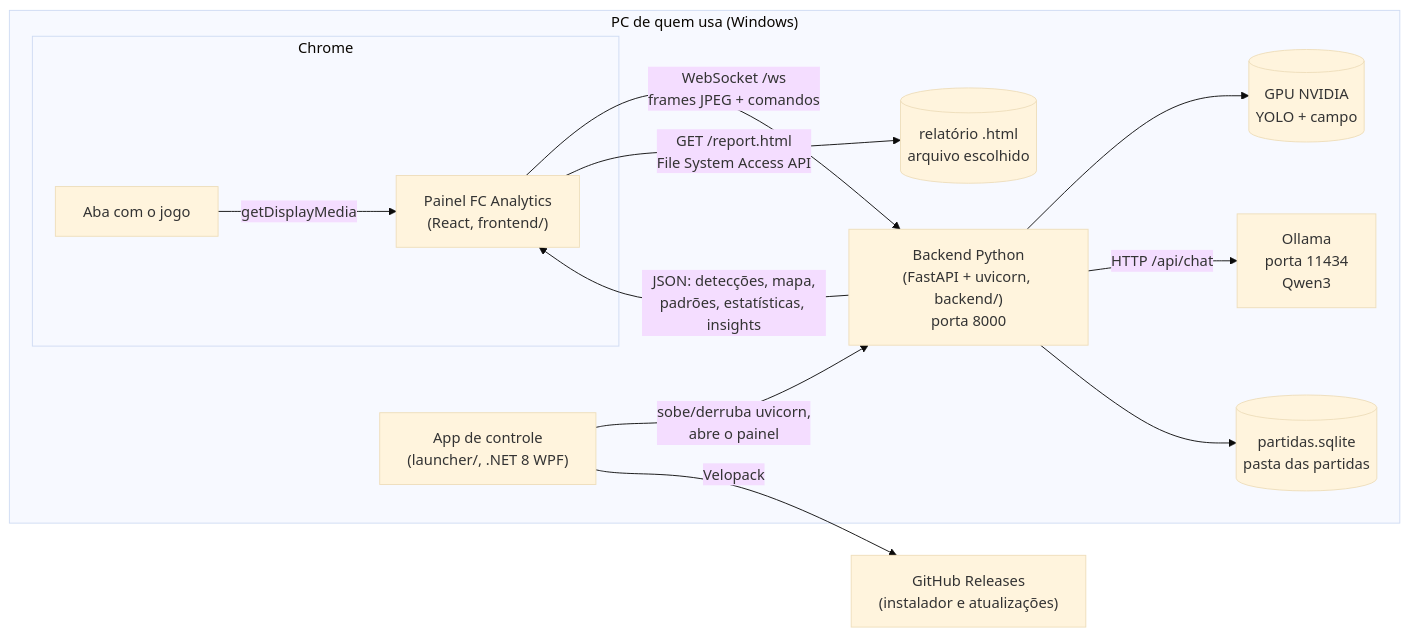
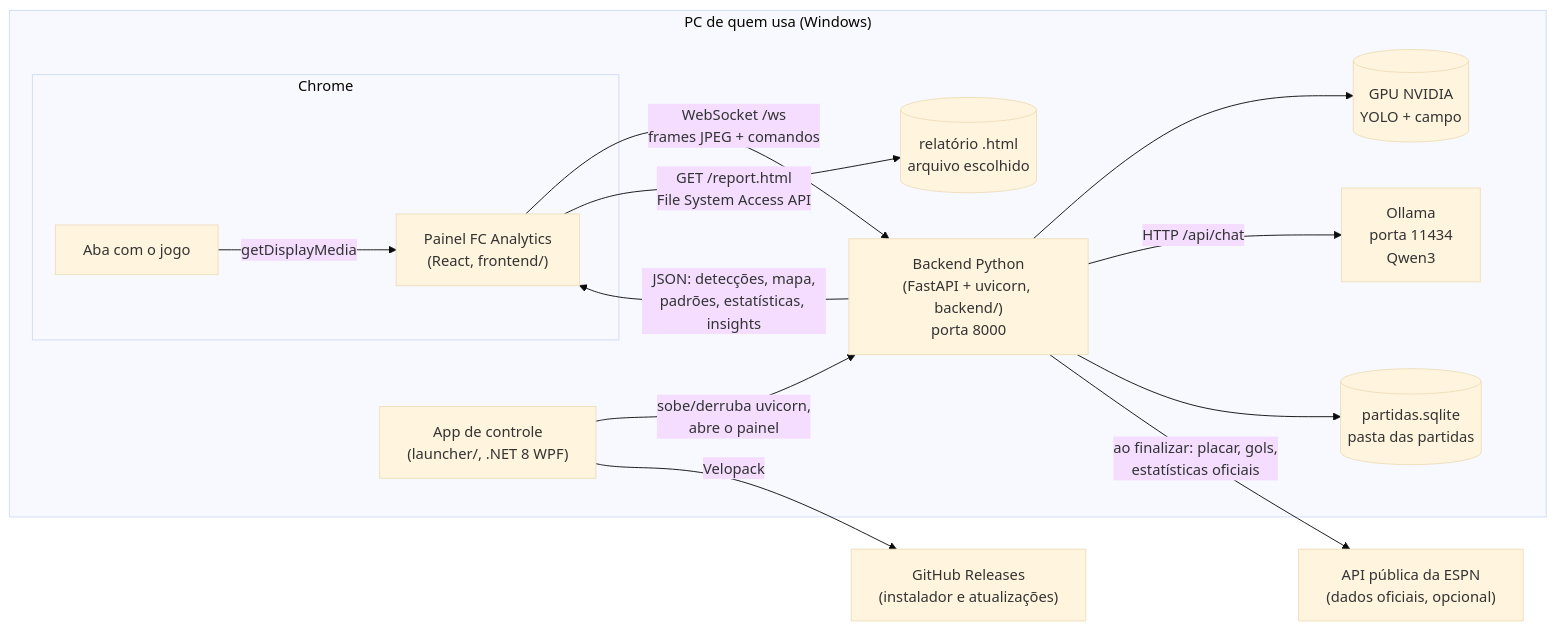
Before and after one commit to carloscjm/fc-analytics: the first of 2 diagrams in docs/02-arquitetura.md, drawn with Mermaid (base theme). The commit also changed 41 other files, not shown here.

First line of the commit message:
Dados oficiais da partida, resumo final e cards do Instagram (0.9.0)

````diff
--- a/docs/02-arquitetura.md
+++ b/docs/02-arquitetura.md
@@ -5,26 +5,28 @@
 ```mermaid
 flowchart LR
   subgraph PC["PC de quem usa (Windows)"]
     subgraph Chrome
       Jogo["Aba com o jogo"]
       Painel["Painel FC Analytics<br/>(React, frontend/)"]
     end
     App["App de controle<br/>(launcher/, .NET 8 WPF)"]
     Backend["Backend Python<br/>(FastAPI + uvicorn, backend/)<br/>porta 8000"]
     GPU[("GPU NVIDIA<br/>YOLO + campo")]
     Ollama["Ollama<br/>porta 11434<br/>Qwen3"]
     DB[("partidas.sqlite<br/>pasta das partidas")]
     Arquivo[("relatório .html<br/>arquivo escolhido")]
   end
   GitHub["GitHub Releases<br/>(instalador e atualizações)"]
+  ESPN["API pública da ESPN<br/>(dados oficiais, opcional)"]
 
   Jogo -- "getDisplayMedia" --> Painel
   Painel -- "WebSocket /ws<br/>frames JPEG + comandos" --> Backend
   Backend -- "JSON: detecções, mapa,<br/>padrões, estatísticas, insights" --> Painel
   Backend --> GPU
   Backend -- "HTTP /api/chat" --> Ollama
   Backend --> DB
   Painel -- "GET /report.html<br/>File System Access API" --> Arquivo
+  Backend -- "ao finalizar: placar, gols,<br/>estatísticas oficiais" --> ESPN
   App -- "sobe/derruba uvicorn,<br/>abre o painel" --> Backend
   App -- "Velopack" --> GitHub
 ```
````
